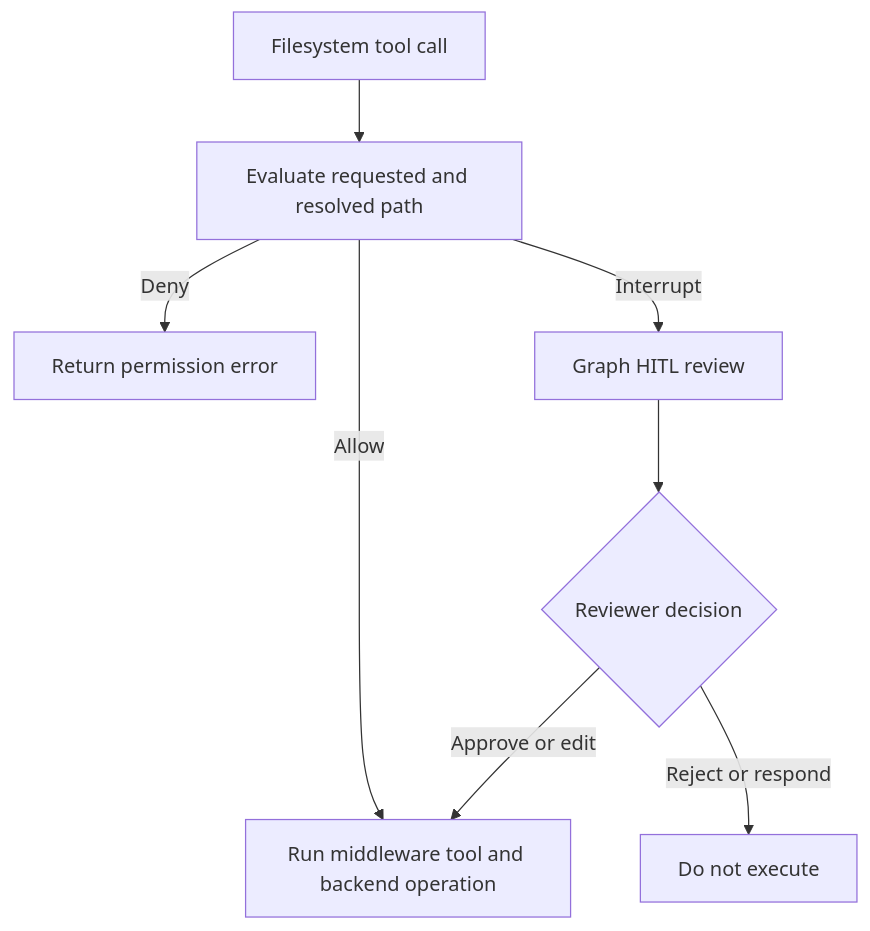
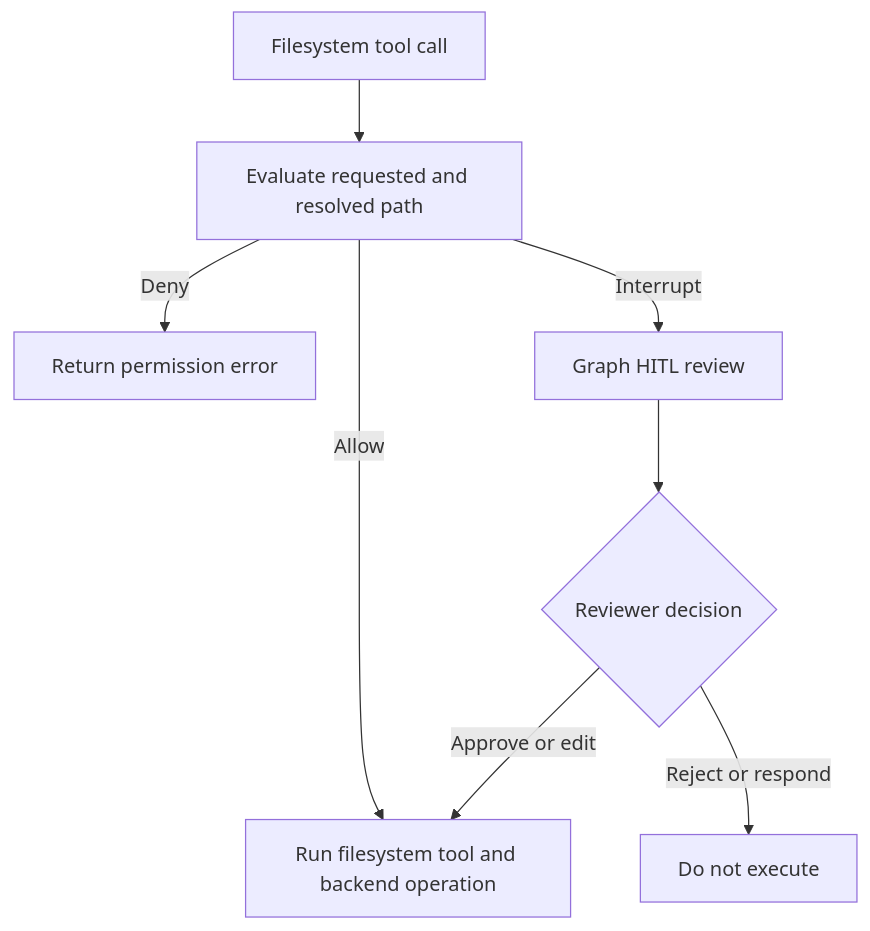
The first of 2 diagrams in openwiki/concepts/permissions-hitl.md (langchain-ai/deepagents), drawn with Mermaid before and after one commit. The commit also changed other lines of this file and 33 other files, not shown here.

````diff
--- a/openwiki/concepts/permissions-hitl.md
+++ b/openwiki/concepts/permissions-hitl.md
@@ -55,10 +61,10 @@
 ```mermaid
 flowchart TD
     Call["Filesystem tool call"] --> Check["Evaluate requested and resolved path"]
     Check -->|"Deny"| Error["Return permission error"]
     Check -->|"Interrupt"| Review["Graph HITL review"]
-    Check -->|"Allow"| Run["Run middleware tool and backend operation"]
+    Check -->|"Allow"| Run["Run filesystem tool and backend operation"]
     Review --> Decision{"Reviewer decision"}
     Decision -->|"Approve or edit"| Run
     Decision -->|"Reject or respond"| Stop["Do not execute"]
 ```
````
